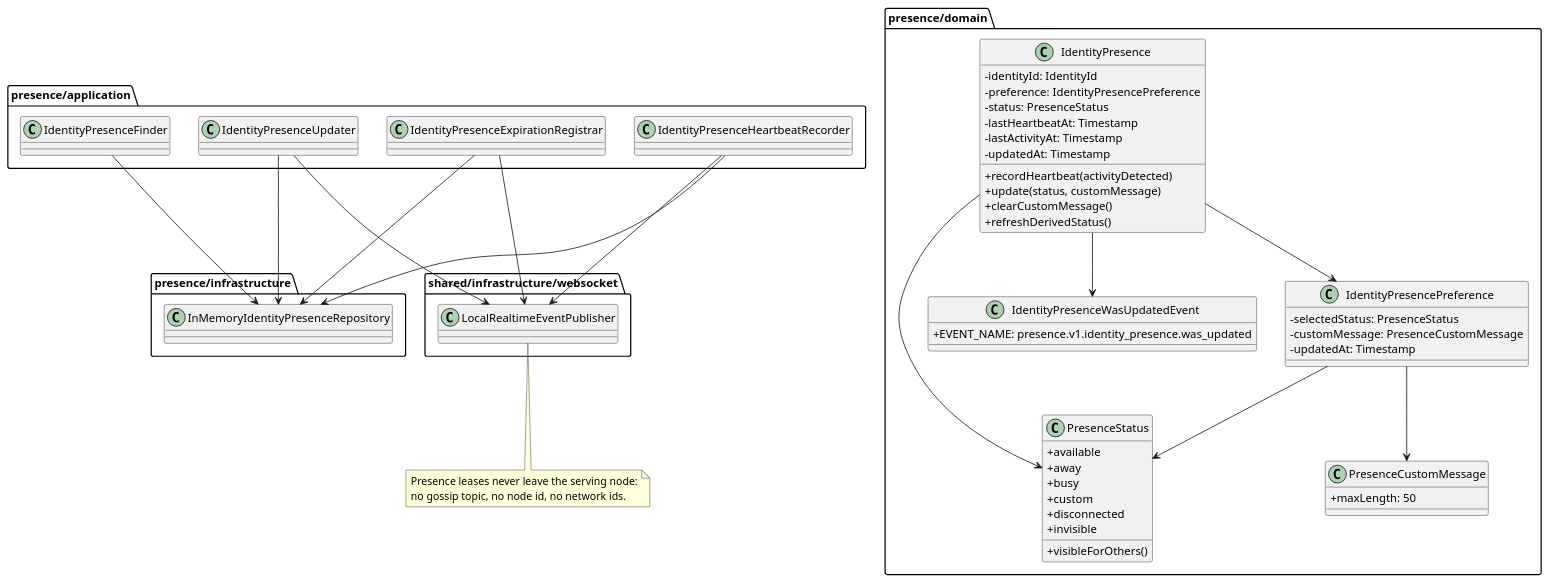
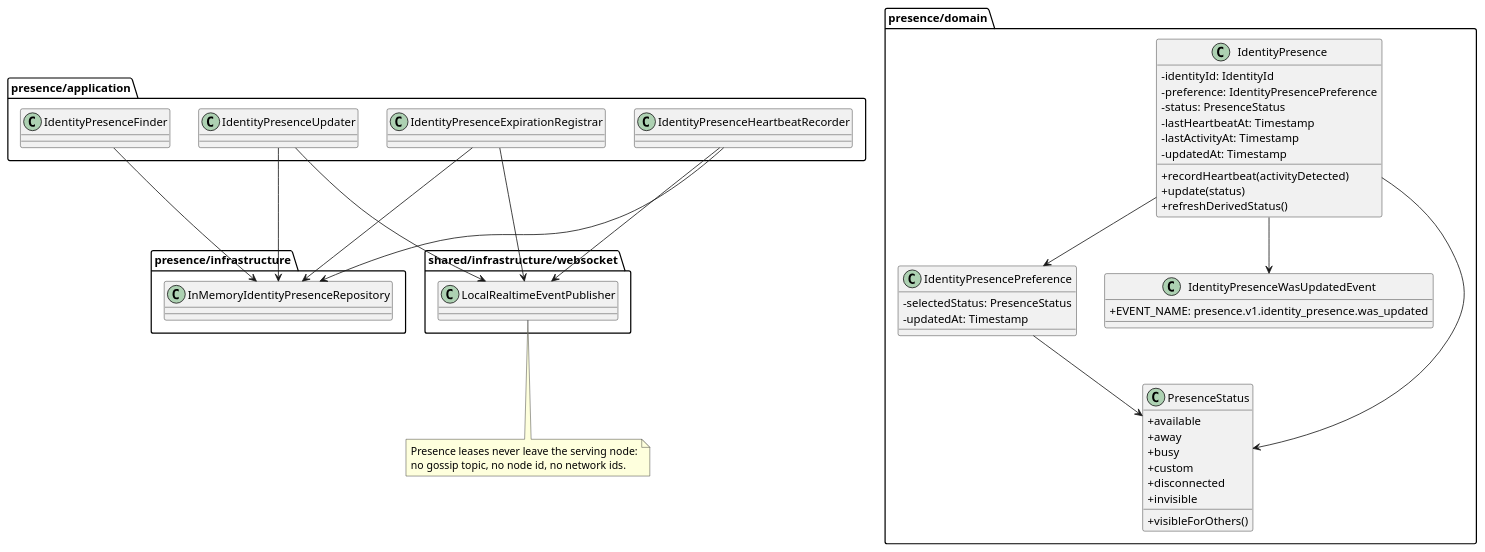
Before and after one commit to haskou/pigeon-swarm-node: the diagram in src/contexts/presence/_docs/PresenceClasses.puml, drawn with PlantUML. The commit also changed 20 other files, not shown here.

Commit message:
refactor(presence): 🔥 Remove presence custom message

```diff
--- a/src/contexts/presence/_docs/PresenceClasses.puml
+++ b/src/contexts/presence/_docs/PresenceClasses.puml
@@ -1,77 +1,70 @@
 @startuml PresenceClasses
 
 skinparam classAttributeIconSize 0
 
 package "presence/domain" {
   class IdentityPresence {
     - identityId: IdentityId
     - preference: IdentityPresencePreference
     - status: PresenceStatus
     - lastHeartbeatAt: Timestamp
     - lastActivityAt: Timestamp
     - updatedAt: Timestamp
     + recordHeartbeat(activityDetected)
-    + update(status, customMessage)
-    + clearCustomMessage()
+    + update(status)
     + refreshDerivedStatus()
   }
 
   class IdentityPresencePreference {
     - selectedStatus: PresenceStatus
-    - customMessage: PresenceCustomMessage
     - updatedAt: Timestamp
   }
 
   class PresenceStatus {
     + available
     + away
     + busy
     + custom
     + disconnected
     + invisible
     + visibleForOthers()
-  }
-
-  class PresenceCustomMessage {
-    + maxLength: 50
   }
 
   class IdentityPresenceWasUpdatedEvent {
     + EVENT_NAME: presence.v1.identity_presence.was_updated
   }
 }
 
 package "presence/application" {
   class IdentityPresenceFinder
   class IdentityPresenceUpdater
   class IdentityPresenceHeartbeatRecorder
   class IdentityPresenceExpirationRegistrar
 }
 
 package "shared/infrastructure/websocket" {
   class LocalRealtimeEventPublisher
 }
 
 package "presence/infrastructure" {
   class InMemoryIdentityPresenceRepository
 }
 
 IdentityPresence --> PresenceStatus
 IdentityPresence --> IdentityPresencePreference
 IdentityPresencePreference --> PresenceStatus
-IdentityPresencePreference --> PresenceCustomMessage
 IdentityPresence --> IdentityPresenceWasUpdatedEvent
 IdentityPresenceFinder --> InMemoryIdentityPresenceRepository
 IdentityPresenceUpdater --> InMemoryIdentityPresenceRepository
 IdentityPresenceUpdater --> LocalRealtimeEventPublisher
 IdentityPresenceHeartbeatRecorder --> InMemoryIdentityPresenceRepository
 IdentityPresenceHeartbeatRecorder --> LocalRealtimeEventPublisher
 IdentityPresenceExpirationRegistrar --> InMemoryIdentityPresenceRepository
 IdentityPresenceExpirationRegistrar --> LocalRealtimeEventPublisher
 
 note bottom of LocalRealtimeEventPublisher
   Presence leases never leave the serving node:
   no gossip topic, no node id, no network ids.
 end note
 
 @enduml
```
